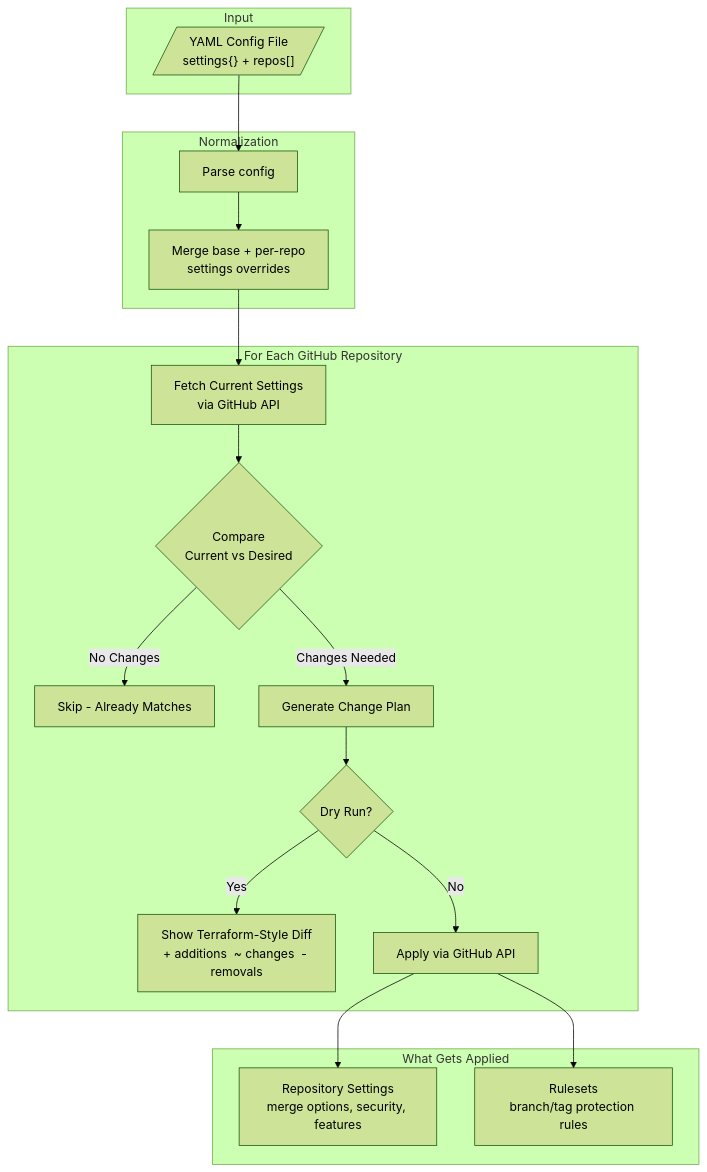
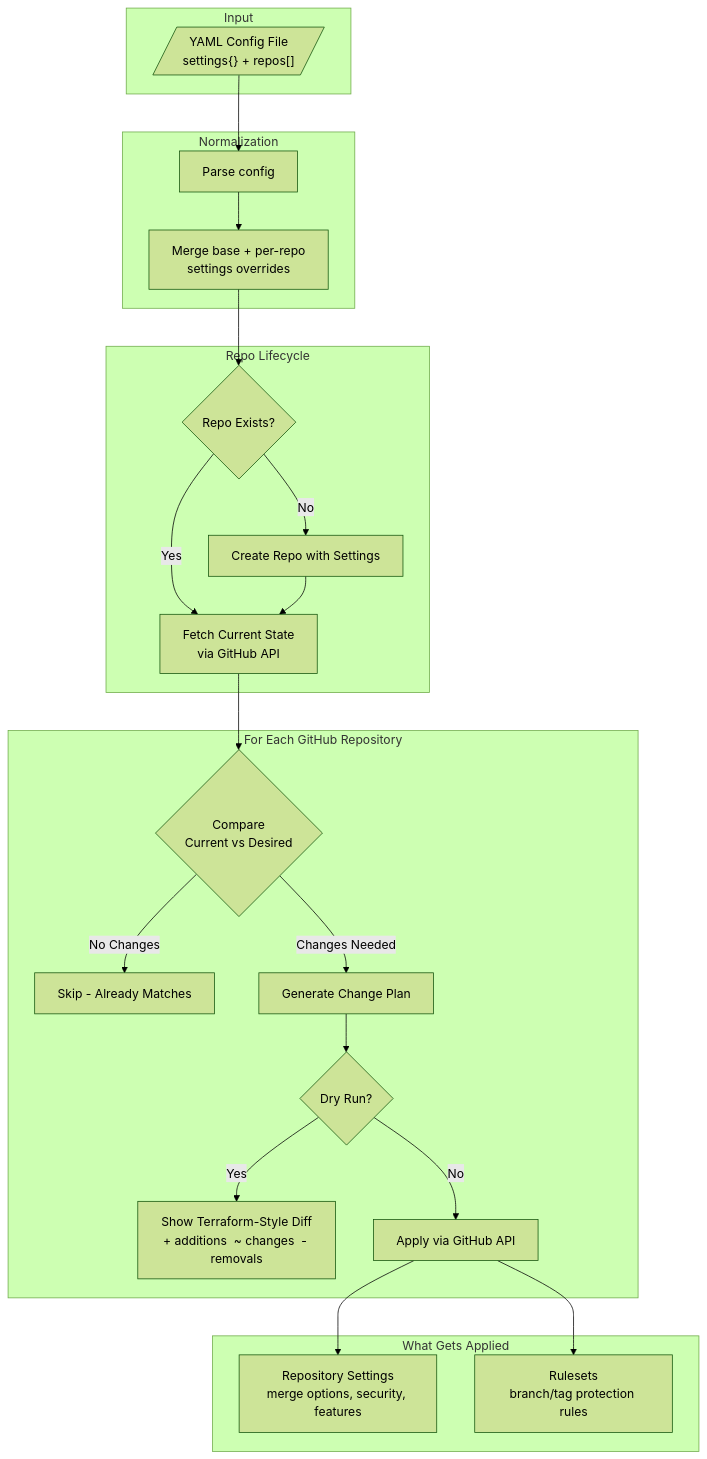
One commit to anthony-spruyt/xfg changed the second of 2 diagrams in docs/index.md. Above: the diagram before and after it, drawn with Mermaid (forest theme). The commit also changed other lines of this file and 5 other files, not shown here.

````diff
--- a/docs/index.md
+++ b/docs/index.md
@@ -176,27 +281,34 @@
 ```mermaid
 flowchart TB
     subgraph Input
         YAML[/"YAML Config File<br/>settings{} + repos[]"/]
     end
 
     subgraph Normalization
         PARSE[Parse config] --> MERGE[Merge base + per-repo<br/>settings overrides]
     end
 
+    subgraph Lifecycle["Repo Lifecycle"]
+        EXIST{Repo Exists?}
+        EXIST -->|Yes| FETCH
+        EXIST -->|No| CREATE[Create Repo with Settings]
+        CREATE --> FETCH
+    end
+
     subgraph Processing["For Each GitHub Repository"]
-        FETCH[Fetch Current Settings<br/>via GitHub API] --> DIFF{Compare<br/>Current vs Desired}
+        FETCH[Fetch Current State<br/>via GitHub API] --> DIFF{Compare<br/>Current vs Desired}
         DIFF -->|No Changes| SKIP[Skip - Already Matches]
         DIFF -->|Changes Needed| PLAN[Generate Change Plan]
         PLAN --> DRY{Dry Run?}
         DRY -->|Yes| SHOW[Show Terraform-Style Diff<br/>+ additions  ~ changes  - removals]
         DRY -->|No| APPLY[Apply via GitHub API]
     end
 
     subgraph Settings["What Gets Applied"]
         APPLY --> REPO[Repository Settings<br/>merge options, security, features]
         APPLY --> RULES[Rulesets<br/>branch/tag protection rules]
     end
 
     YAML --> PARSE
-    MERGE --> FETCH
+    MERGE --> EXIST
 ```
````
